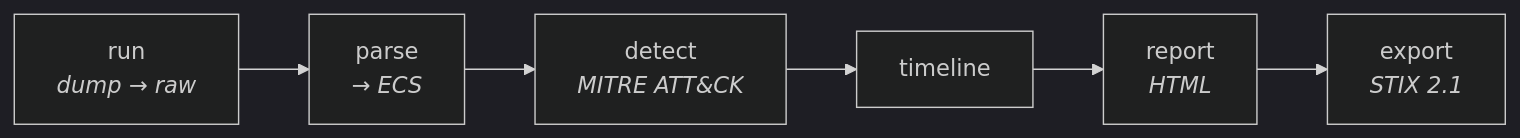
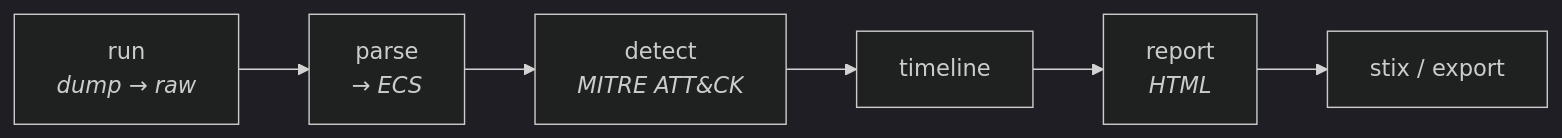
One commit to sltcnb/Madeleine changed the diagram in README.md. Above: the diagram before and after it, drawn with Mermaid (dark theme). The commit also changed other lines of this file and 2 other files, not shown here.

````diff
--- a/README.md
+++ b/README.md
@@ -5,4 +20,4 @@
 ```mermaid
 flowchart LR
-  run["run<br/><i>dump → raw</i>"] --> parse["parse<br/><i>→ ECS</i>"] --> detect["detect<br/><i>MITRE ATT&CK</i>"] --> timeline["timeline"] --> report["report<br/><i>HTML</i>"] --> export["export<br/><i>STIX 2.1</i>"]
+  run["run<br/><i>dump → raw</i>"] --> parse["parse<br/><i>→ ECS</i>"] --> detect["detect<br/><i>MITRE ATT&CK</i>"] --> timeline["timeline"] --> report["report<br/><i>HTML</i>"] --> export["stix / export"]
 ```
````
